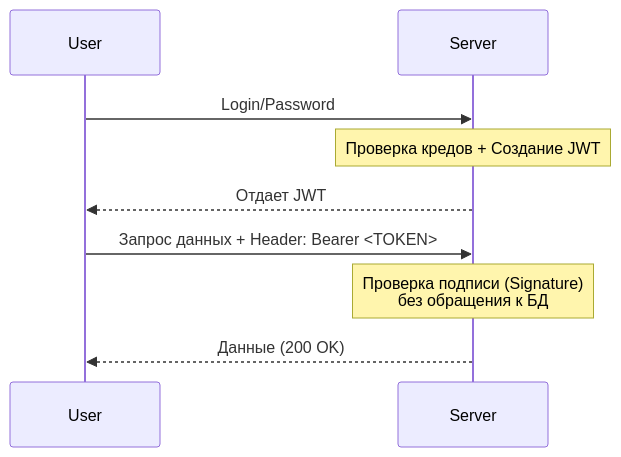
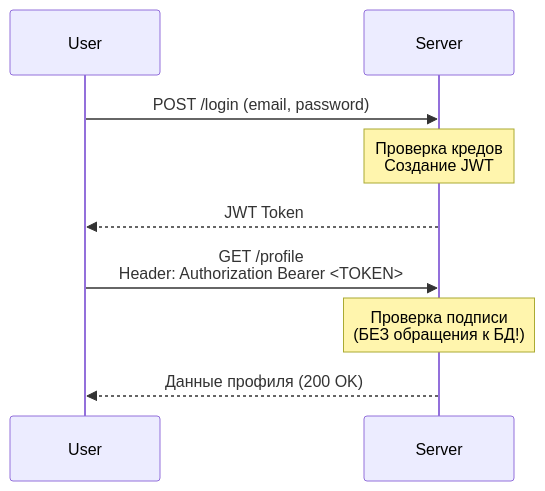
Before and after one commit to IBraveMonkey/data_structure-algorithms: the second of 2 diagrams in информатика(теория)/security/1.JWT.md, drawn with Mermaid. The commit also changed other lines of this file and 22 other files, not shown here.

````diff
--- a/информатика(теория)/security/1.JWT.md
+++ b/информатика(теория)/security/1.JWT.md
@@ -41,13 +86,13 @@
 ```mermaid
 sequenceDiagram
     participant User
     participant Server
     
-    User->>Server: Login/Password
-    Note over Server: Проверка кредов + Создание JWT
-    Server-->>User: Отдает JWT
+    User->>Server: POST /login (email, password)
+    Note over Server: Проверка кредов<br/>Создание JWT
+    Server-->>User: JWT Token
     
-    User->>Server: Запрос данных + Header: Bearer <TOKEN>
-    Note over Server: Проверка подписи (Signature) <br/> без обращения к БД
-    Server-->>User: Данные (200 OK)
+    User->>Server: GET /profile<br/>Header: Authorization Bearer <TOKEN>
+    Note over Server: Проверка подписи<br/>(БЕЗ обращения к БД!)
+    Server-->>User: Данные профиля (200 OK)
 ```
````
